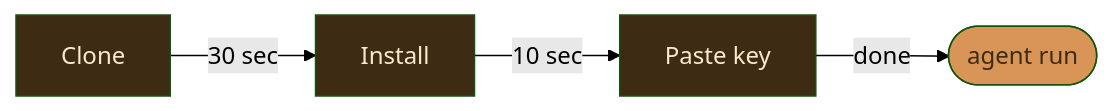
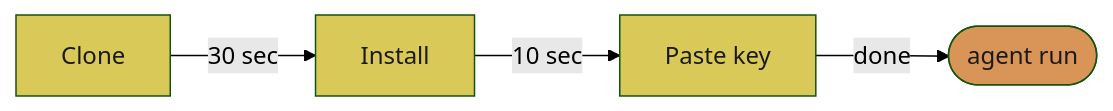
The second of 25 diagrams in README.md (JosephOIbrahim/Comfy-Cozy), drawn with Mermaid (forest theme) before and after one commit. The commit also changed other lines of this file, not shown here.

First line of the commit message:
[DOCS] Mermaid palette: two-tone muted orange/yellow with black text

````diff
--- a/README.md
+++ b/README.md
@@ -74,11 +74,11 @@
 ```mermaid
 flowchart LR
     A["Clone"] -->|30 sec| B["Install"]
     B -->|10 sec| C["Paste key"]
     C -->|done| D(["agent run"])
 
-    style A fill:#3d2b14,color:#fde8cf
-    style B fill:#3d2b14,color:#fde8cf
-    style C fill:#3d2b14,color:#fde8cf
-    style D fill:#d99458,color:#3d2b14
+    style A fill:#d9c958,color:#1a1a1a
+    style B fill:#d9c958,color:#1a1a1a
+    style C fill:#d9c958,color:#1a1a1a
+    style D fill:#d99458,color:#1a1a1a
 ```
````
